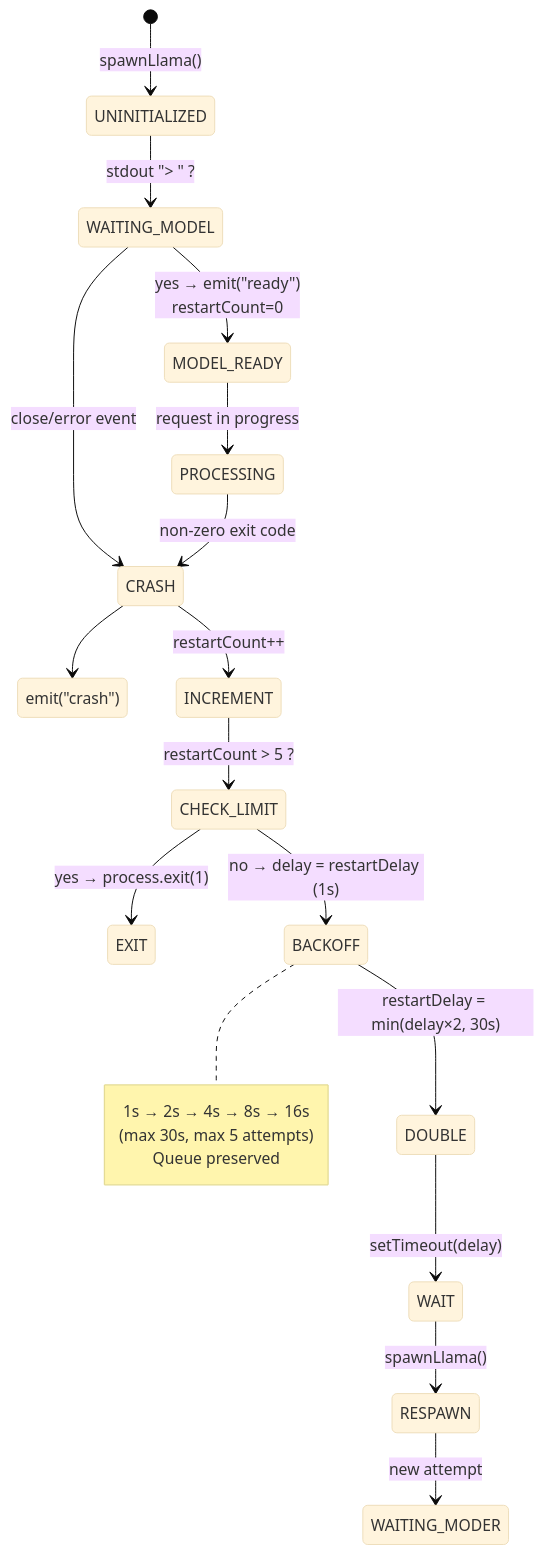
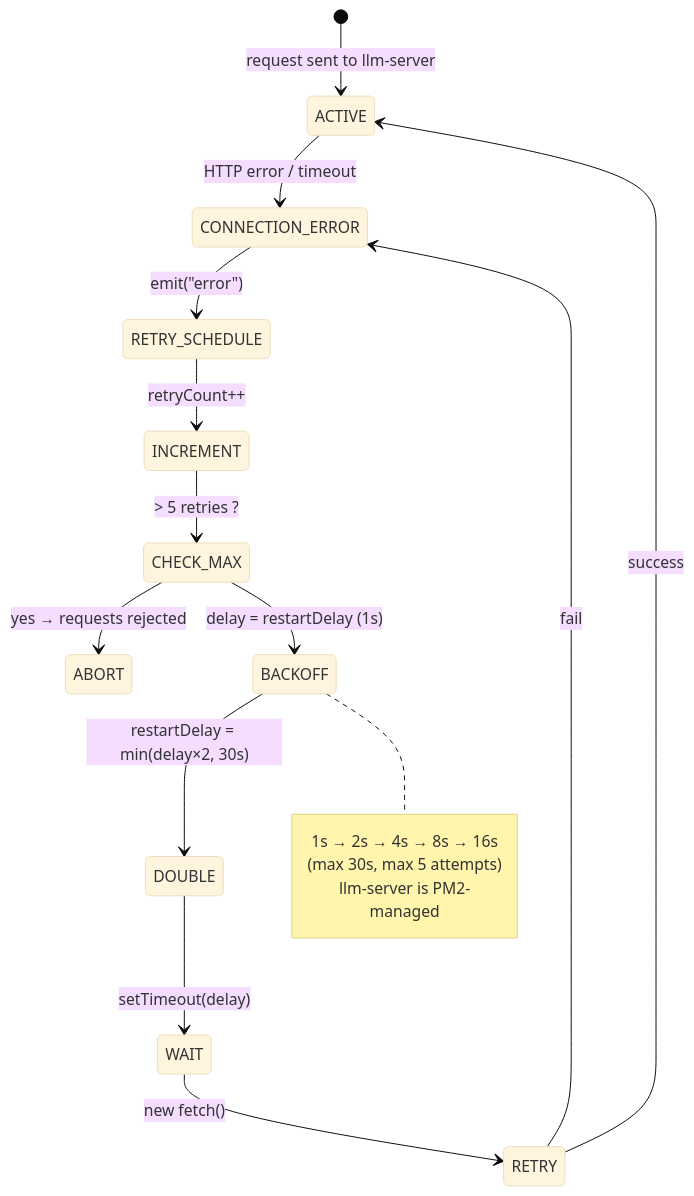
The diagram in state-machines/readme-diagrams/r11.mmd (protocol-luna/krystal), drawn with Mermaid (base theme) before and after one commit. The commit also changed 55 other files, not shown here.

Commit message:
Update diagrams and docs: remove dead CLI/server modes, add online mode, fix config example

```diff
--- a/state-machines/readme-diagrams/r11.mmd
+++ b/state-machines/readme-diagrams/r11.mmd
@@ -1,22 +1,19 @@
 stateDiagram-v2
-    [*] --> UNINITIALIZED: spawnLlama()
-    UNINITIALIZED --> WAITING_MODEL: stdout "> " ?
-    WAITING_MODEL --> MODEL_READY: yes → emit("ready")<br/>restartCount=0
-    WAITING_MODEL --> CRASH: close/error event
+    [*] --> ACTIVE: request sent to llm-server
 
-    MODEL_READY --> PROCESSING: request in progress
-    PROCESSING --> CRASH: non-zero exit code
+    ACTIVE --> CONNECTION_ERROR: HTTP error / timeout
+    CONNECTION_ERROR --> RETRY_SCHEDULE: emit("error")
 
-    CRASH --> emit("crash")
-    CRASH --> INCREMENT: restartCount++
-    INCREMENT --> CHECK_LIMIT: restartCount > 5 ?
+    RETRY_SCHEDULE --> INCREMENT: retryCount++
+    INCREMENT --> CHECK_MAX: > 5 retries ?
 
-    CHECK_LIMIT --> EXIT: yes → process.exit(1)
-    CHECK_LIMIT --> BACKOFF: no → delay = restartDelay (1s)
+    CHECK_MAX --> ABORT: yes → requests rejected
+    CHECK_MAX --> BACKOFF: delay = restartDelay (1s)
 
     BACKOFF --> DOUBLE: restartDelay = min(delay×2, 30s)
     DOUBLE --> WAIT: setTimeout(delay)
-    WAIT --> RESPAWN: spawnLlama()
-    RESPAWN --> WAITING_MODER: new attempt
+    WAIT --> RETRY: new fetch()
+    RETRY --> ACTIVE: success
+    RETRY --> CONNECTION_ERROR: fail
 
-    note right of BACKOFF: 1s → 2s → 4s → 8s → 16s<br/>(max 30s, max 5 attempts)<br/>Queue preserved
+    note right of BACKOFF: 1s → 2s → 4s → 8s → 16s<br/>(max 30s, max 5 attempts)<br/>llm-server is PM2-managed
```
